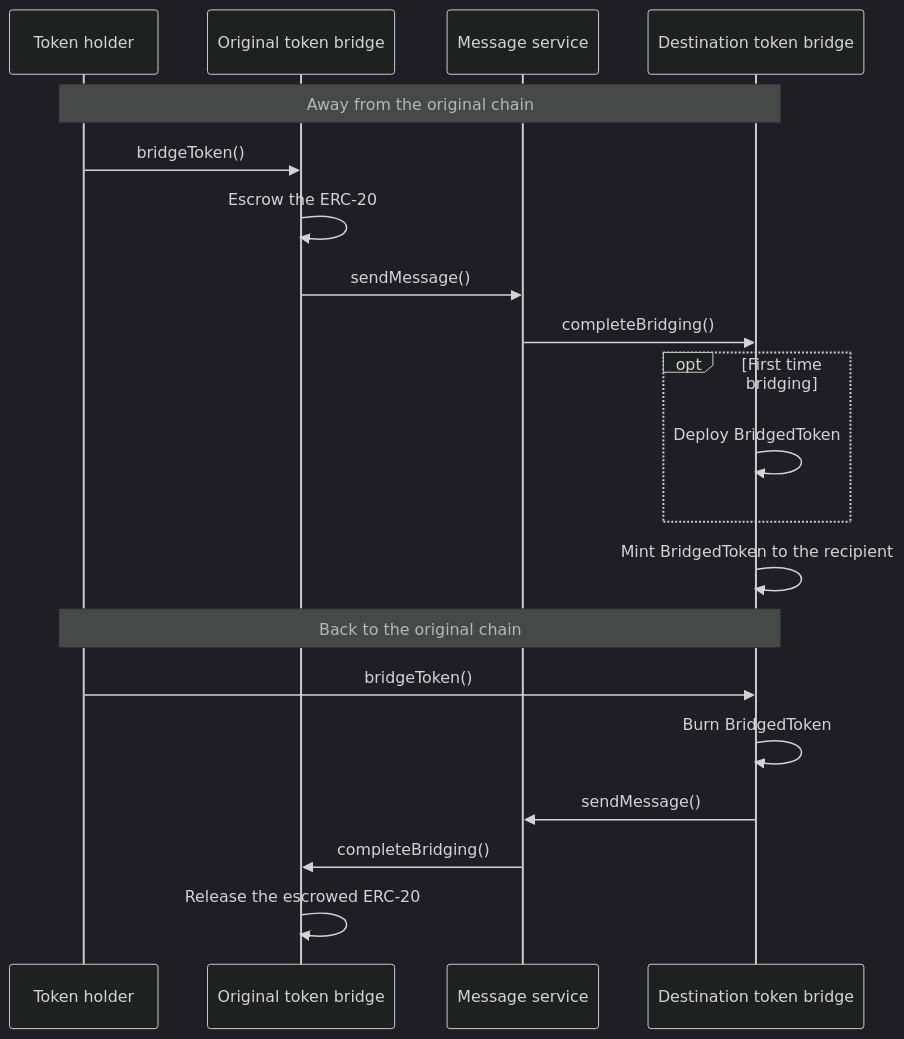
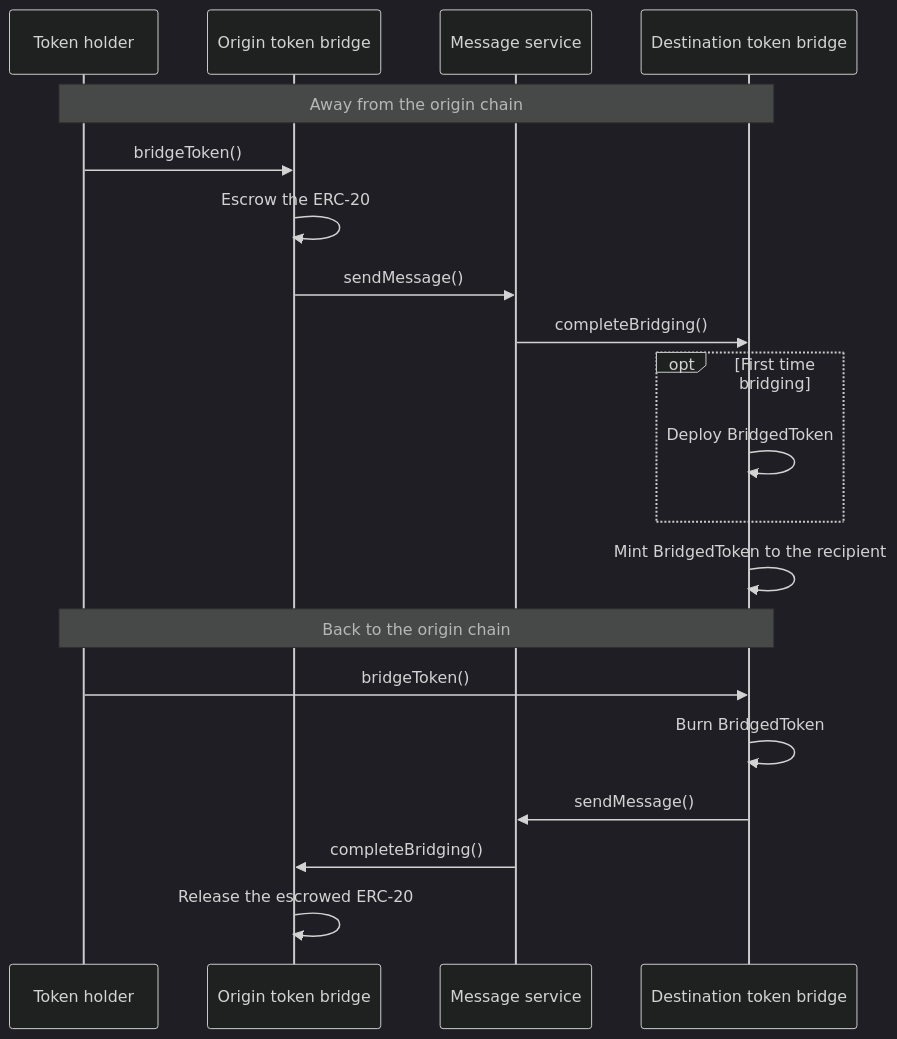
The diagram in docs/protocol/architecture/bridge/canonical-token-bridge.mdx (Consensys/doc.linea), drawn with Mermaid (dark theme) before and after one commit. The commit also changed other lines of this file and 5 other files, not shown here.

Commit message:
finish architecture edits

````diff
--- a/docs/protocol/architecture/bridge/canonical-token-bridge.mdx
+++ b/docs/protocol/architecture/bridge/canonical-token-bridge.mdx
@@ -42,24 +40,24 @@
 ```mermaid
 sequenceDiagram
   participant Holder as Token holder
-  participant Home as Original token bridge
+  participant Home as Origin token bridge
   participant Messages as Message service
   participant Other as Destination token bridge
 
-  Note over Holder, Other: Away from the original chain
+  Note over Holder, Other: Away from the origin chain
   Holder->>Home: bridgeToken()
   Home->>Home: Escrow the ERC-20
   Home->>Messages: sendMessage()
   Messages->>Other: completeBridging()
   opt First time bridging
   Other->>Other: Deploy BridgedToken
   end
   Other->>Other: Mint BridgedToken to the recipient
 
-  Note over Holder, Other: Back to the original chain
+  Note over Holder, Other: Back to the origin chain
   Holder->>Other: bridgeToken()
   Other->>Other: Burn BridgedToken
   Other->>Messages: sendMessage()
   Messages->>Home: completeBridging()
   Home->>Home: Release the escrowed ERC-20
 ```
````
